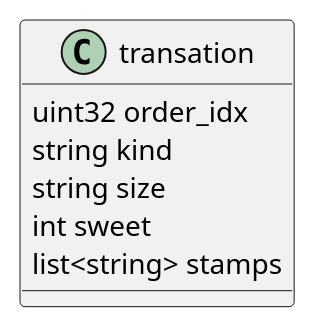
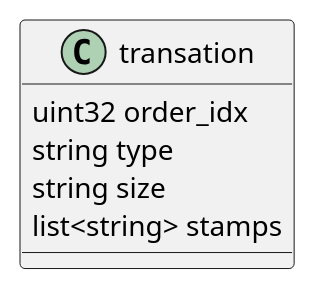
Before and after one commit to roamingunner/cmake-template: the fifth of 5 diagrams in samples/boost.asio/drink_shop/README.md, drawn with PlantUML. The commit also changed other lines of this file and 16 other files, not shown here.

````diff
--- a/samples/boost.asio/drink_shop/README.md
+++ b/samples/boost.asio/drink_shop/README.md
@@ -129,11 +165,10 @@
 ```plantuml
 @startuml
 class transation{
     uint32 order_idx
-    string kind
+    string type
     string size
-    int sweet
     list<string> stamps
 }
 @enduml
 ```
````
